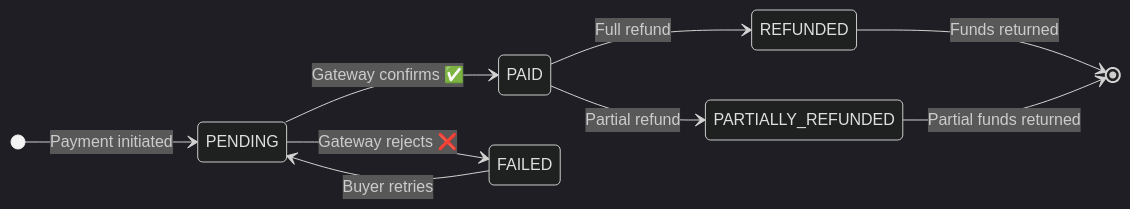
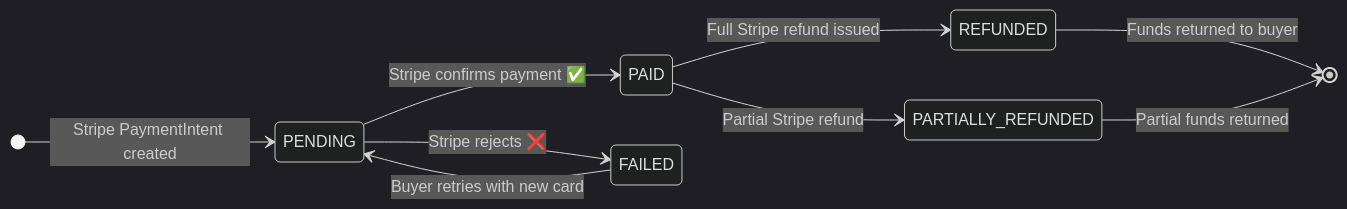
The seventh of 10 diagrams in diagrams/03_state_machine_diagram.md (tayeb736/prohect12), drawn with Mermaid (dark theme) before and after one commit. The commit also changed other lines of this file and 7 other files, not shown here.

Commit message:
docs: update all UML diagrams — add PostgreSQL, Redis, S3, Stripe, SendGrid, KYC, Swagger per readme2 & README3

````diff
--- a/diagrams/03_state_machine_diagram.md
+++ b/diagrams/03_state_machine_diagram.md
@@ -94,12 +147,12 @@
 ```mermaid
 stateDiagram-v2
   direction LR
-  [*] --> PENDING : Payment initiated
-  PENDING --> PAID : Gateway confirms ✅
-  PENDING --> FAILED : Gateway rejects ❌
-  FAILED --> PENDING : Buyer retries
-  PAID --> REFUNDED : Full refund
-  PAID --> PARTIALLY_REFUNDED : Partial refund
-  REFUNDED --> [*] : Funds returned
+  [*] --> PENDING : Stripe PaymentIntent created
+  PENDING --> PAID : Stripe confirms payment ✅
+  PENDING --> FAILED : Stripe rejects ❌
+  FAILED --> PENDING : Buyer retries with new card
+  PAID --> REFUNDED : Full Stripe refund issued
+  PAID --> PARTIALLY_REFUNDED : Partial Stripe refund
+  REFUNDED --> [*] : Funds returned to buyer
   PARTIALLY_REFUNDED --> [*] : Partial funds returned
 ```
````
